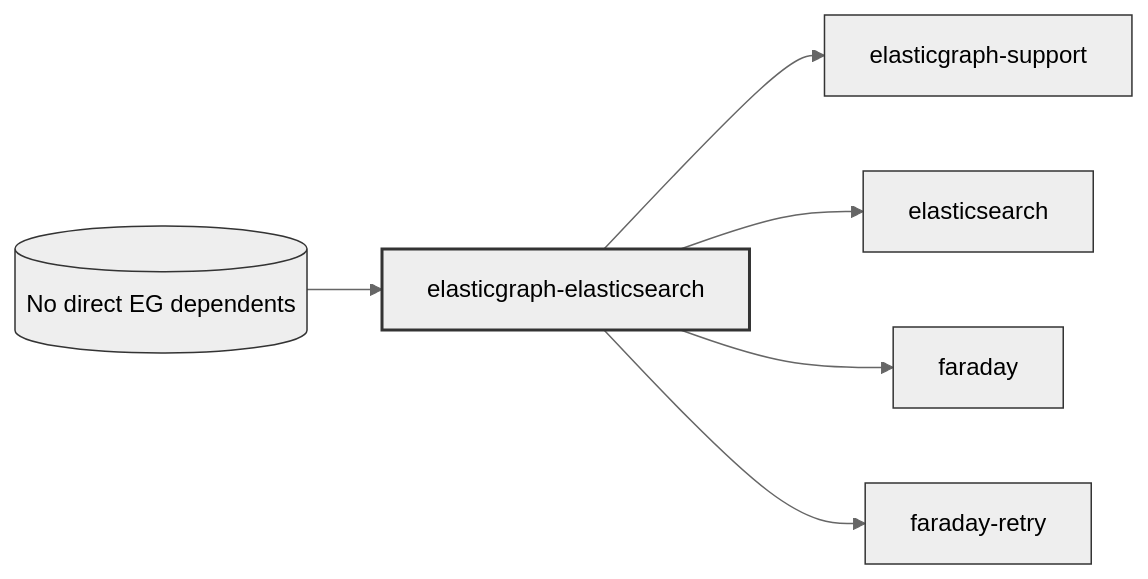
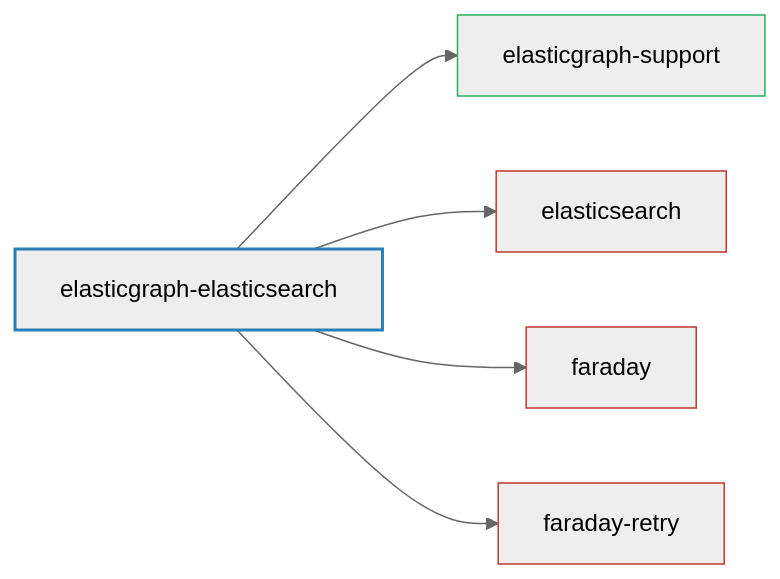
The diagram in elasticgraph-elasticsearch/README.md (block/elasticgraph), drawn with Mermaid (neutral theme) before and after one commit. The commit also changed 21 other files, not shown here.

````diff
--- a/elasticgraph-elasticsearch/README.md
+++ b/elasticgraph-elasticsearch/README.md
@@ -7,18 +7,17 @@
 ```mermaid
 graph LR;
+    elasticgraph-elasticsearch["elasticgraph-elasticsearch"];
+    elasticgraph-support["elasticgraph-support"];
     elasticgraph-elasticsearch --> elasticgraph-support;
+    elasticsearch["elasticsearch"];
     elasticgraph-elasticsearch --> elasticsearch;
+    faraday["faraday"];
     elasticgraph-elasticsearch --> faraday;
+    faraday-retry["faraday-retry"];
     elasticgraph-elasticsearch --> faraday-retry;
-    no_eg_dependents[(No direct EG dependents)] --> elasticgraph-elasticsearch;
-    classDef currentGemStyle fill:#lightblue,stroke:#333,stroke-width:2px;
-    classDef internalEgGemStyle fill:#lightgreen,stroke:#333,stroke-width:1px;
-    classDef externalGemStyle fill:#lightcoral,stroke:#333,stroke-width:1px;
-    classDef placeholderNodeStyle fill:#eee,stroke:#333,stroke-width:1px;
-    class elasticgraph-elasticsearch currentGemStyle;
-    class elasticgraph-support internalEgGemStyle;
-    class elasticsearch externalGemStyle;
-    class faraday externalGemStyle;
-    class faraday-retry externalGemStyle;
-    class no_eg_dependents placeholderNodeStyle;
+    style elasticgraph-elasticsearch fill:#lightblue,stroke:#2980b9,stroke-width:2px,color:#000;
+    style elasticgraph-support fill:#lightgreen,stroke:#27ae60,stroke-width:1px,color:#000;
+    style elasticsearch fill:#lightcoral,stroke:#c0392b,stroke-width:1px,color:#000;
+    style faraday fill:#lightcoral,stroke:#c0392b,stroke-width:1px,color:#000;
+    style faraday-retry fill:#lightcoral,stroke:#c0392b,stroke-width:1px,color:#000;
 ```
````
